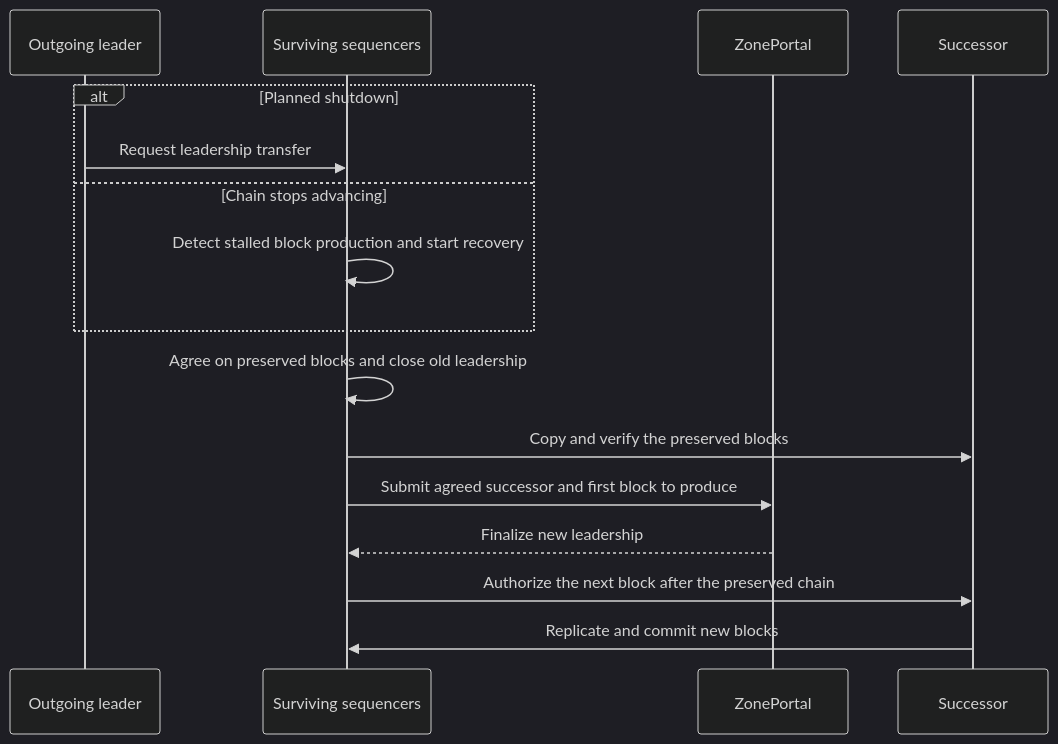
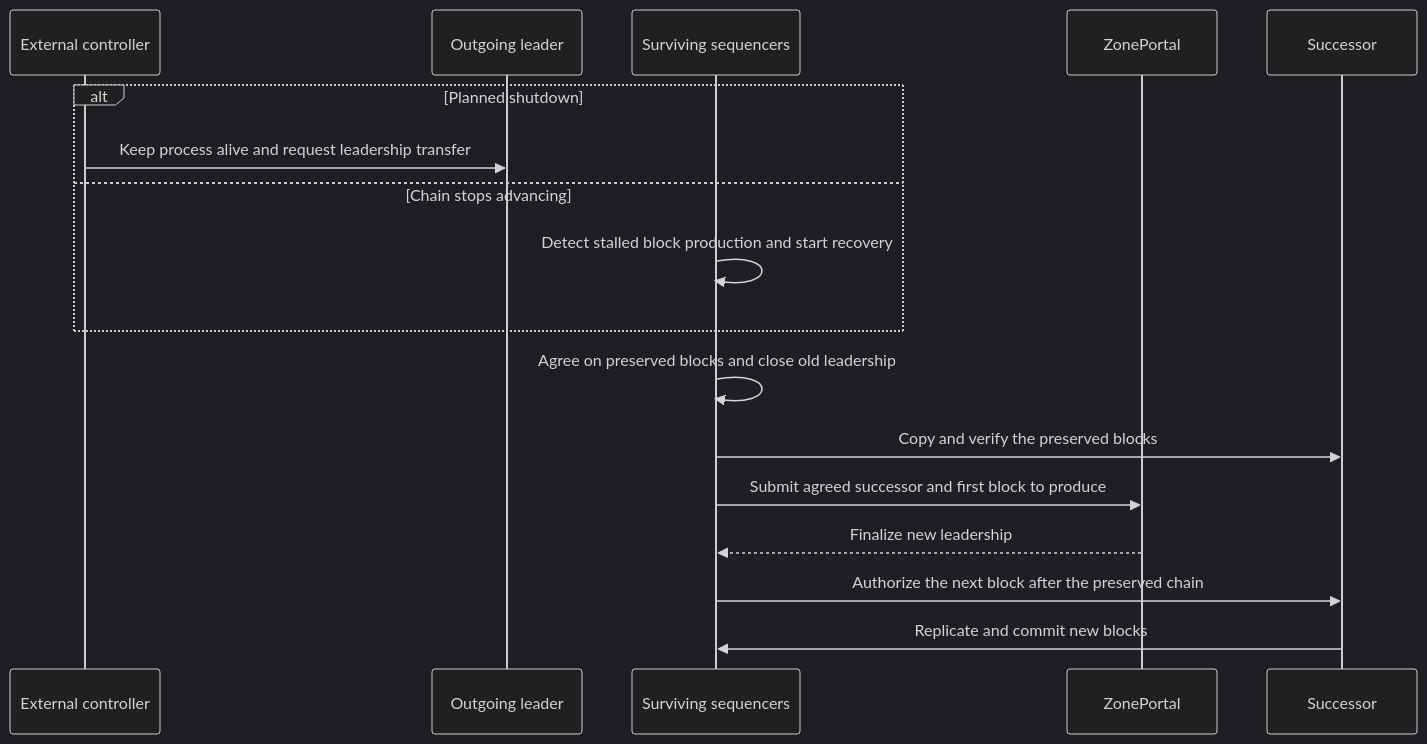
Before and after one commit to tempoxyz/zones: the first of 5 diagrams in spt_automated_failover.md, drawn with Mermaid (dark theme). The commit also changed other lines of this file, not shown here.

````diff
--- a/spt_automated_failover.md
+++ b/spt_automated_failover.md
@@ -3,18 +3,19 @@
 ```mermaid
 sequenceDiagram
+    participant C as External controller
     participant A as Outgoing leader
     participant Q as Surviving sequencers
     participant L as ZonePortal
     participant B as Successor
     alt Planned shutdown
-        A->>Q: Request leadership transfer
+        C->>A: Keep process alive and request leadership transfer
     else Chain stops advancing
         Q->>Q: Detect stalled block production and start recovery
     end
     Q->>Q: Agree on preserved blocks and close old leadership
     Q->>B: Copy and verify the preserved blocks
     Q->>L: Submit agreed successor and first block to produce
     L-->>Q: Finalize new leadership
     Q->>B: Authorize the next block after the preserved chain
     B->>Q: Replicate and commit new blocks
 ```
````
